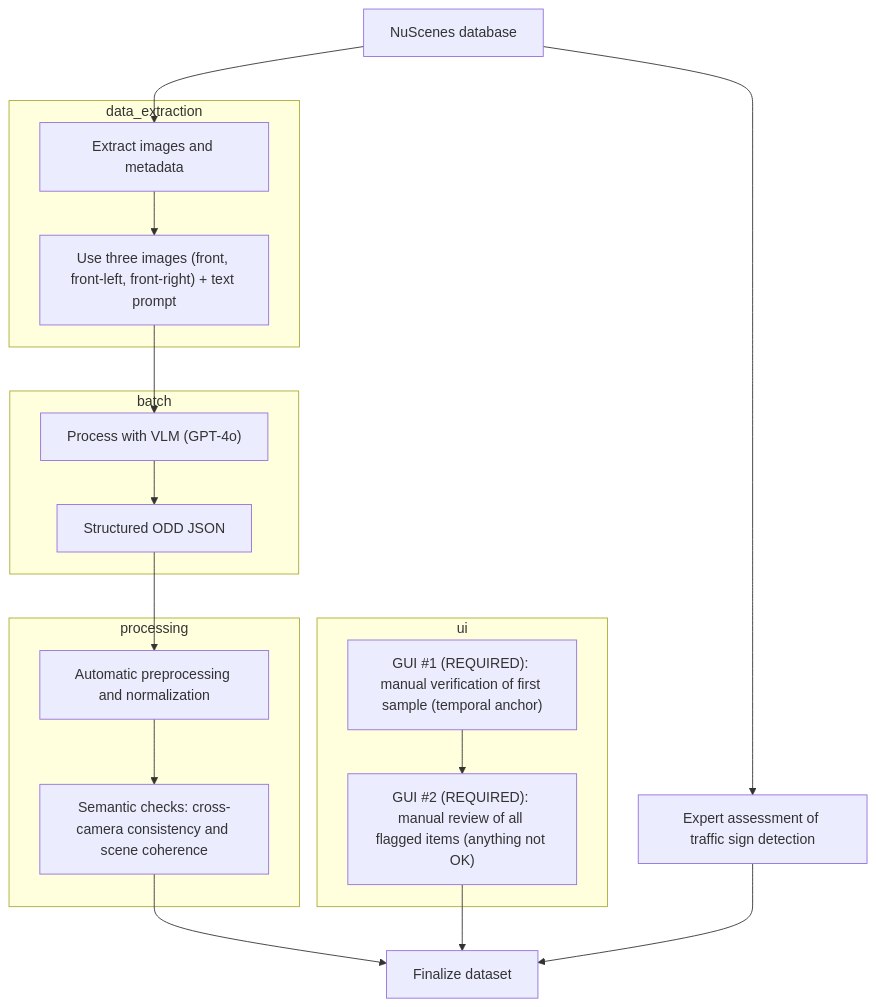
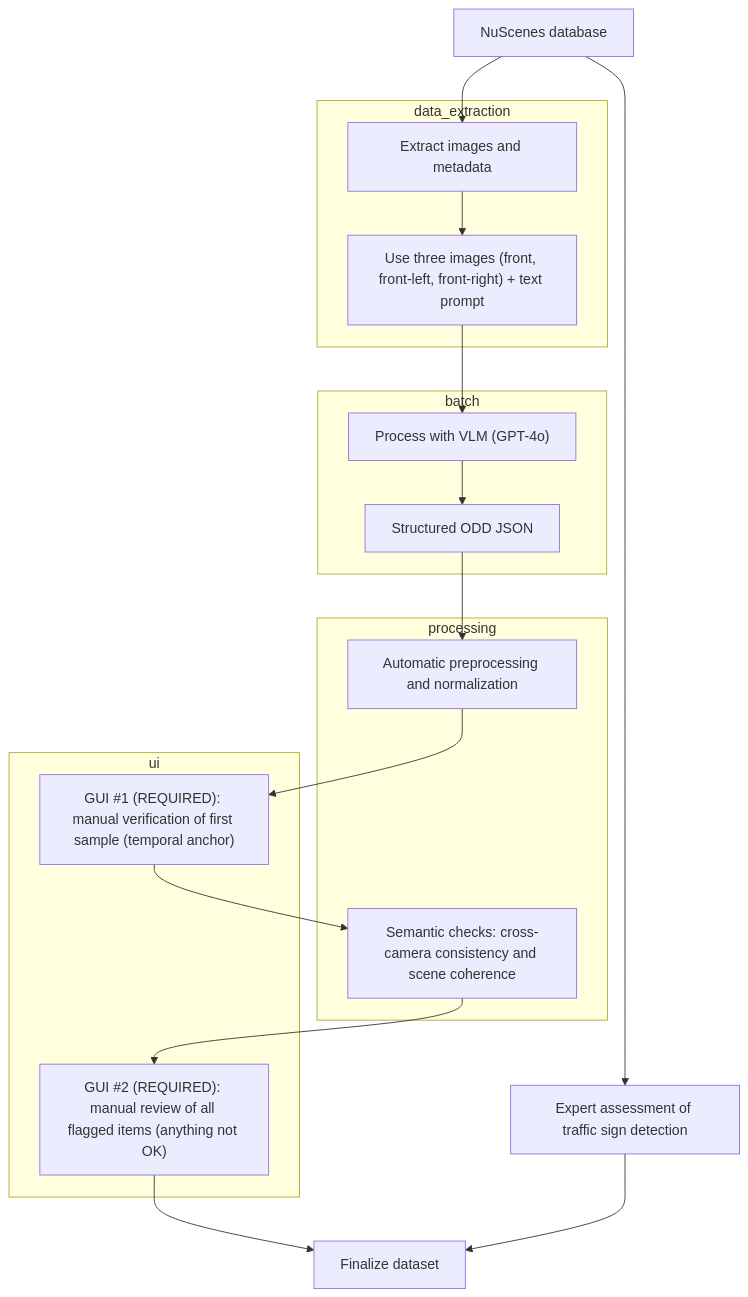
Before and after one commit to mchouai27/vlm-odd-pipeline: the diagram in README.md, drawn with Mermaid.

````diff
--- a/README.md
+++ b/README.md
@@ -11,43 +11,53 @@
 ```mermaid
 flowchart TB
   %% Nodes
   NUSC[NuScenes database]
   EXTRACT["Extract images and metadata"]
   THREE["Use three images (front, front-left, front-right) + text prompt"]
   VLM["Process with VLM (GPT-4o)"]
   ODD["Structured ODD JSON"]
   PREP["Automatic preprocessing and normalization"]
   SEM["Semantic checks: cross-camera consistency and scene coherence"]
   GUI1["GUI #1 (REQUIRED): manual verification of first sample (temporal anchor)"]
   GUI2["GUI #2 (REQUIRED): manual review of all flagged items (anything not OK)"]
   EXPERT["Expert assessment of traffic sign detection"]
   FINAL["Finalize dataset"]
 
-  %% Groups
+  %% Groups (no internal edges)
   subgraph data_extraction
-    EXTRACT --> THREE
+    EXTRACT
+    THREE
   end
 
   subgraph batch
-    THREE --> VLM --> ODD
+    VLM
+    ODD
   end
 
   subgraph processing
-    PREP --> SEM
+    PREP
+    SEM
   end
 
   subgraph ui
-    GUI1 --> GUI2
+    GUI1
+    GUI2
   end
 
-  %% Main flow (no links between 'ui' and 'processing')
+  %% Main flow (as requested)
   NUSC --> EXTRACT
+  EXTRACT --> THREE
+  THREE --> VLM
+  VLM --> ODD
   ODD --> PREP
-  SEM --> FINAL
+  PREP --> GUI1
+  GUI1 --> SEM
+  SEM --> GUI2
   GUI2 --> FINAL
 
-  %% Additional connection requested
+  %% Additional connection
   NUSC --> EXPERT
   EXPERT --> FINAL
 
+
 ```
````
